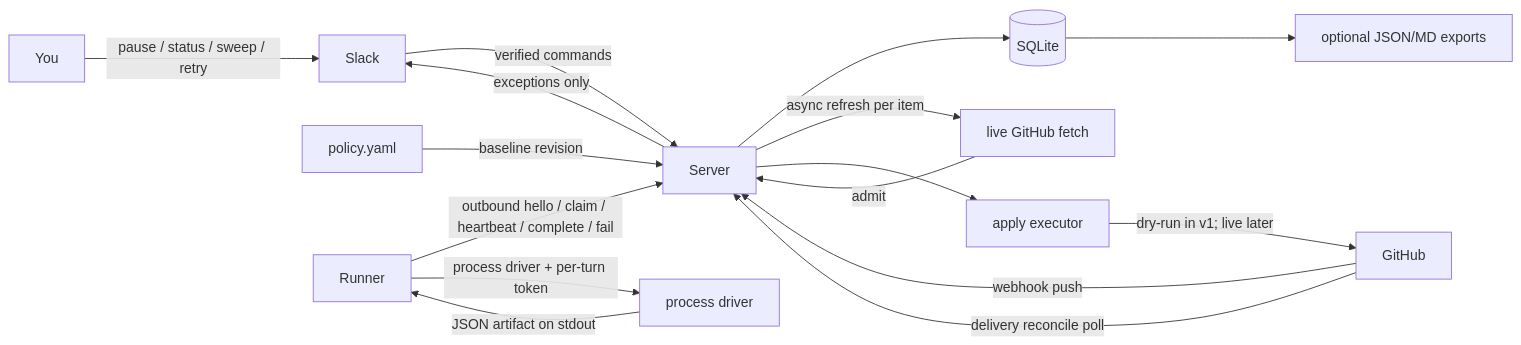
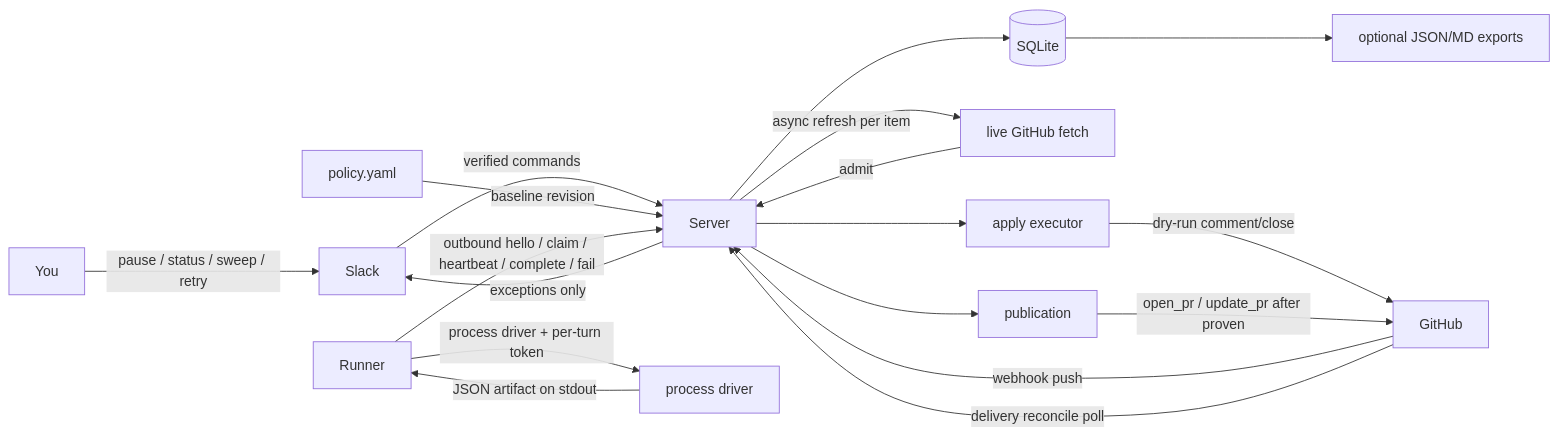
The first of 2 diagrams in ARCHITECTURE.md (Sannrox/rusui), drawn with Mermaid before and after one commit. The commit also changed other lines of this file and 14 other files, not shown here.

````diff
--- a/ARCHITECTURE.md
+++ b/ARCHITECTURE.md
@@ -40,22 +50,24 @@
 ```mermaid
 flowchart LR
   You -->|pause / status / sweep / retry| Slack
   Slack -->|verified commands| Server
   GitHub -->|webhook push| Server
   GitHub -->|delivery reconcile poll| Server
   PolicyFile[policy.yaml] -->|baseline revision| Server
 
   Server --> DB[(SQLite)]
   DB --> Exports[optional JSON/MD exports]
 
   Server -->|async refresh per item| Fetch[live GitHub fetch]
   Fetch -->|admit| Server
 
   Runner -->|outbound hello / claim / heartbeat / complete / fail| Server
   Runner -->|process driver + per-turn token| Driver[process driver]
   Driver -->|JSON artifact on stdout| Runner
 
-  Apply[apply executor] -->|dry-run in v1; live later| GitHub
+  Apply[apply executor] -->|dry-run comment/close| GitHub
+  Publisher[publication] -->|open_pr / update_pr after proven| GitHub
   Server --> Apply
+  Server --> Publisher
   Server -->|exceptions only| Slack
 ```
````
